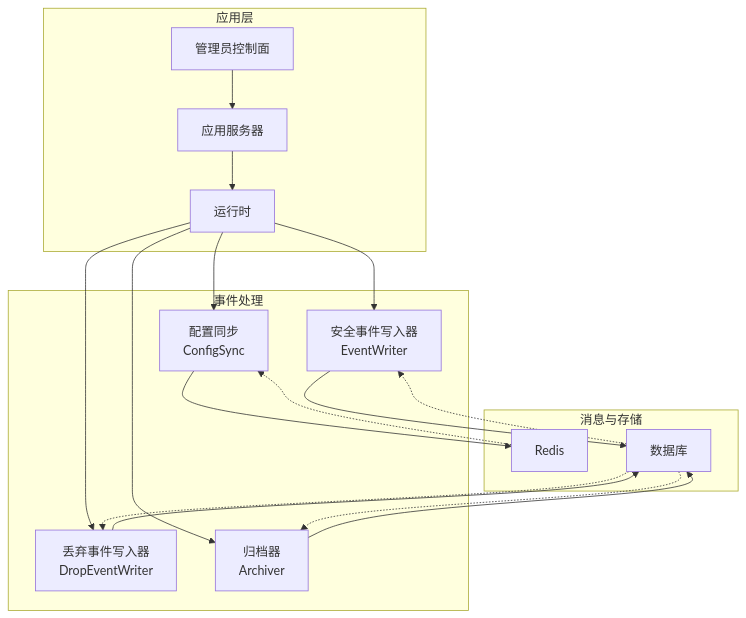
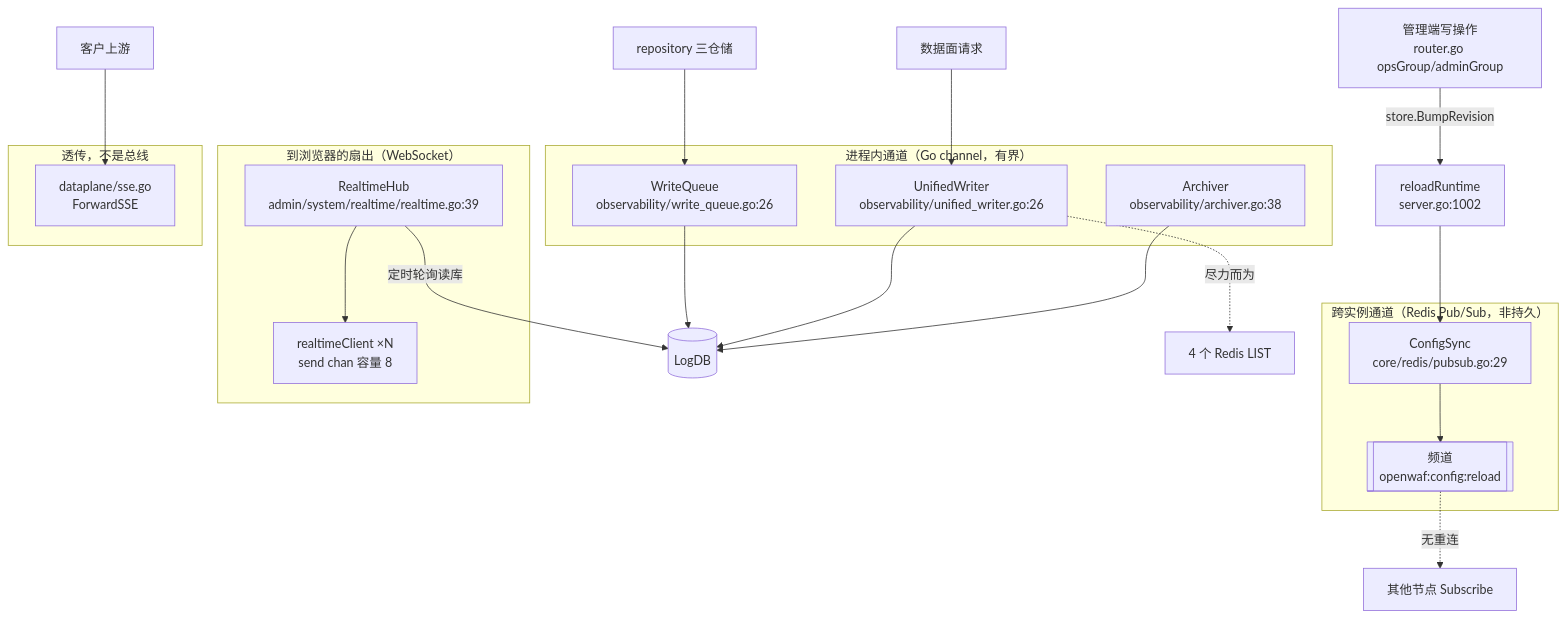
The first of 4 diagrams in docs/扩展与插件系统/第三方集成/消息队列集成.md (x01n/My-OpenWaf), drawn with Mermaid before and after one commit. The commit also changed other lines of this file and 622 other files, not shown here.

````diff
--- a/docs/扩展与插件系统/第三方集成/消息队列集成.md
+++ b/docs/扩展与插件系统/第三方集成/消息队列集成.md
@@ -45,32 +88,32 @@
 ```mermaid
 graph TB
-subgraph "应用层"
-Admin["管理员控制面"]
-App["应用服务器"]
-RT["运行时"]
-end
-subgraph "消息与存储"
-Redis["Redis"]
-DB["数据库"]
-end
-subgraph "事件处理"
-CS["配置同步<br/>ConfigSync"]
-EW["安全事件写入器<br/>EventWriter"]
-DEW["丢弃事件写入器<br/>DropEventWriter"]
-ARC["归档器<br/>Archiver"]
-end
-Admin --> App
-App --> RT
-RT --> CS
-RT --> EW
-RT --> DEW
-RT --> ARC
-CS --> Redis
-EW --> DB
-DEW --> DB
-ARC --> DB
-Redis -.-> CS
-DB -.-> EW
-DB -.-> DEW
-DB -.-> ARC
+  subgraph XP["跨实例通道（Redis Pub/Sub，非持久）"]
+    CS["ConfigSync<br/>core/redis/pubsub.go:29"]
+    CH[["频道<br/>openwaf:config:reload"]]
+  end
+  subgraph PROC["进程内通道（Go channel，有界）"]
+    WQ["WriteQueue<br/>observability/write_queue.go:26"]
+    UW["UnifiedWriter<br/>observability/unified_writer.go:26"]
+    AR["Archiver<br/>observability/archiver.go:38"]
+  end
+  subgraph BROWSER["到浏览器的扇出（WebSocket）"]
+    RH["RealtimeHub<br/>admin/system/realtime/realtime.go:39"]
+    CL["realtimeClient ×N<br/>send chan 容量 8"]
+  end
+  subgraph PASS["透传，不是总线"]
+    SSE["dataplane/sse.go<br/>ForwardSSE"]
+  end
+  ADM["管理端写操作<br/>router.go opsGroup/adminGroup"] -->|store.BumpRevision| RR["reloadRuntime<br/>server.go:1002"]
+  RR --> CS
+  CS --> CH
+  CH -.->|无重连| PEER["其他节点 Subscribe"]
+  DP["数据面请求"] --> UW
+  REPO["repository 三仓储"] --> WQ
+  WQ --> DB[("LogDB")]
+  UW --> DB
+  UW -.->|尽力而为| LIST["4 个 Redis LIST"]
+  AR --> DB
+  RH -->|定时轮询读库| DB
+  RH --> CL
+  UP["客户上游"] --> SSE
 ```
````
